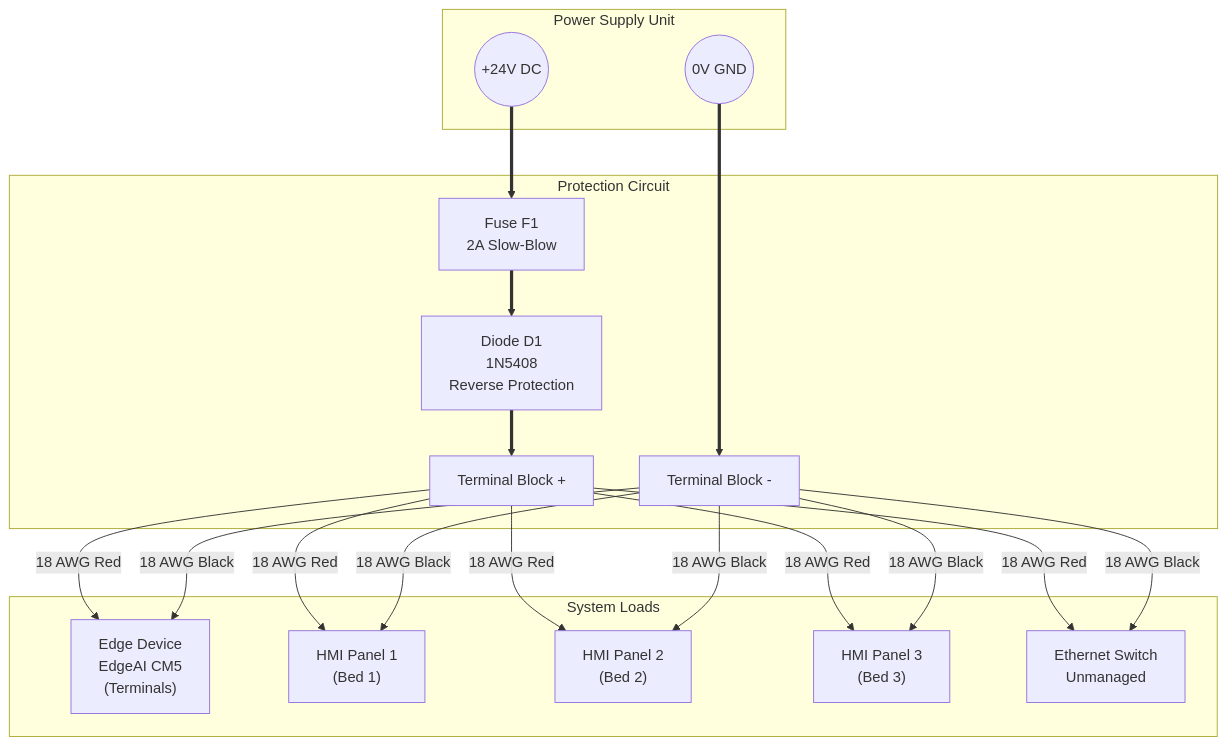
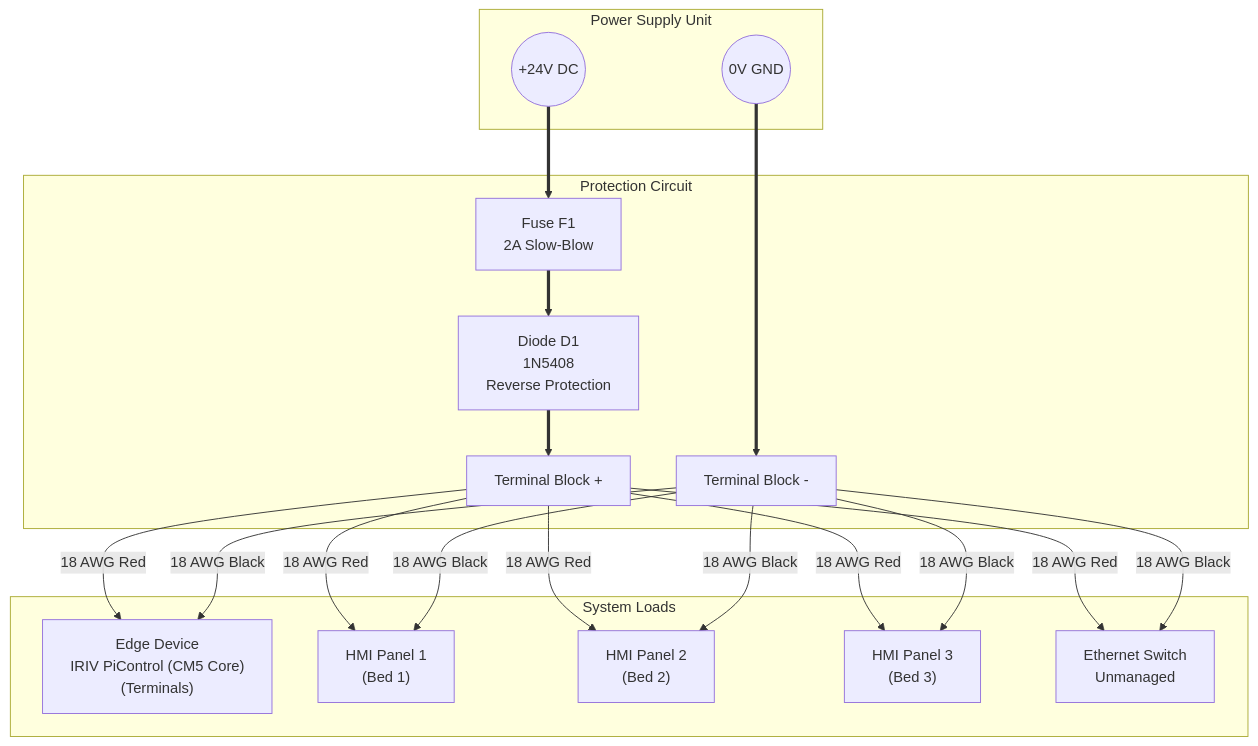
Before and after one commit to Josan88/Electronic-Medication-Administration-Record: the sixth of 7 diagrams in docs/PROPOSED_METHOD_SOLUTION.md, drawn with Mermaid. The commit also changed other lines of this file, not shown here.

Commit message:
Update documentation to reflect changes in device references and add detailed tables for channel configuration, Modbus register mapping, and wiring schedules

````diff
--- a/docs/PROPOSED_METHOD_SOLUTION.md
+++ b/docs/PROPOSED_METHOD_SOLUTION.md
@@ -348,39 +354,39 @@
 ```mermaid
 graph TD
     subgraph PowerSource ["Power Supply Unit"]
         VCC(("+24V DC"))
         GND(("0V GND"))
     end
 
     subgraph Protection ["Protection Circuit"]
         F1["Fuse F1<br/>2A Slow-Blow"]
         D1["Diode D1<br/>1N5408<br/>Reverse Protection"]
         TB_V["Terminal Block +"]
         TB_G["Terminal Block -"]
     end
 
     subgraph Loads ["System Loads"]
-        CM5["Edge Device<br/>EdgeAI CM5<br/>(Terminals)"]
+        CM5["Edge Device<br/>IRIV PiControl (CM5 Core)<br/>(Terminals)"]
         HMI1["HMI Panel 1<br/>(Bed 1)"]
         HMI2["HMI Panel 2<br/>(Bed 2)"]
         HMI3["HMI Panel 3<br/>(Bed 3)"]
         SW["Ethernet Switch<br/>Unmanaged"]
     end
 
     VCC ==> F1
     F1 ==> D1
     D1 ==> TB_V
     GND ==> TB_G
 
     TB_V -- "18 AWG Red" --> CM5
     TB_V -- "18 AWG Red" --> HMI1
     TB_V -- "18 AWG Red" --> HMI2
     TB_V -- "18 AWG Red" --> HMI3
     TB_V -- "18 AWG Red" --> SW
 
     TB_G -- "18 AWG Black" --> CM5
     TB_G -- "18 AWG Black" --> HMI1
     TB_G -- "18 AWG Black" --> HMI2
     TB_G -- "18 AWG Black" --> HMI3
     TB_G -- "18 AWG Black" --> SW
 ```
````
